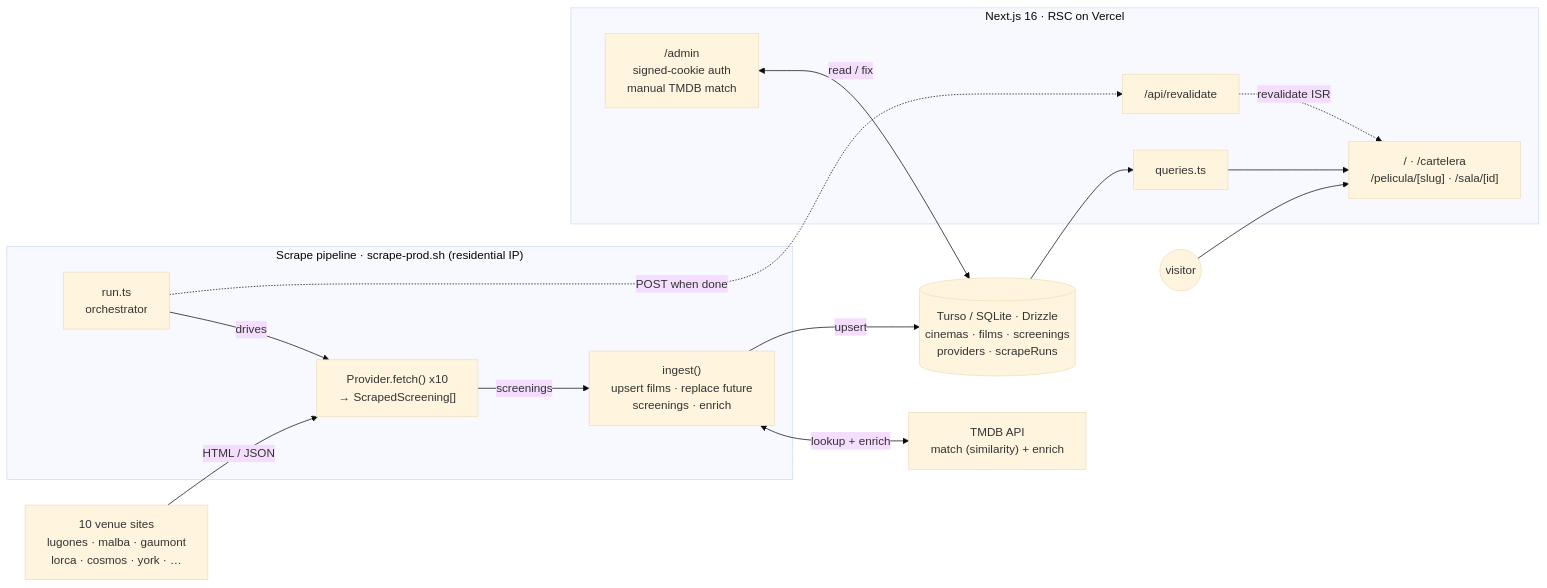
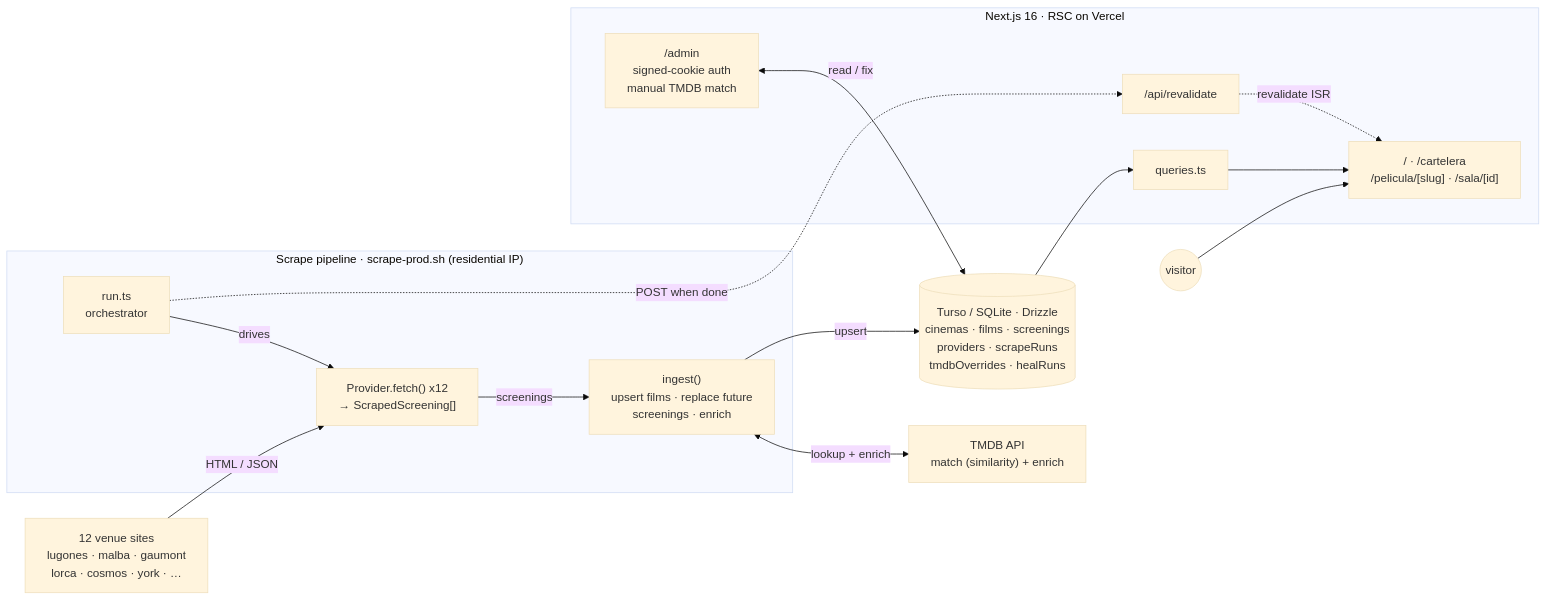
Before and after one commit to benjamindelasoie/afiche: the diagram in diagrams/afiche-architecture.mmd, drawn with Mermaid (base theme). The commit also changed 8 other files, not shown here.

```diff
--- a/diagrams/afiche-architecture.mmd
+++ b/diagrams/afiche-architecture.mmd
@@ -1,31 +1,31 @@
 graph LR
-  V["10 venue sites<br/>lugones · malba · gaumont<br/>lorca · cosmos · york · …"]
+  V["12 venue sites<br/>lugones · malba · gaumont<br/>lorca · cosmos · york · …"]
 
   subgraph pipeline["Scrape pipeline · scrape-prod.sh (residential IP)"]
     R["run.ts<br/>orchestrator"]
-    P["Provider.fetch() x10<br/>→ ScrapedScreening[]"]
+    P["Provider.fetch() x12<br/>→ ScrapedScreening[]"]
     I["ingest()<br/>upsert films · replace future<br/>screenings · enrich"]
   end
 
   TMDB["TMDB API<br/>match (similarity) + enrich"]
-  D[("Turso / SQLite · Drizzle<br/>cinemas · films · screenings<br/>providers · scrapeRuns")]
+  D[("Turso / SQLite · Drizzle<br/>cinemas · films · screenings<br/>providers · scrapeRuns<br/>tmdbOverrides · healRuns")]
 
   subgraph web["Next.js 16 · RSC on Vercel"]
     Q["queries.ts"]
     PAGES["/ · /cartelera<br/>/pelicula/[slug] · /sala/[id]"]
     ADMIN["/admin<br/>signed-cookie auth<br/>manual TMDB match"]
     REV["/api/revalidate"]
   end
 
   U(("visitor"))
 
   V -->|HTML / JSON| P
   R -->|drives| P
   P -->|screenings| I
   I <-->|lookup + enrich| TMDB
   I -->|upsert| D
   R -.->|POST when done| REV
   REV -.->|revalidate ISR| PAGES
   D --> Q --> PAGES
   ADMIN <-->|read / fix| D
   U --> PAGES
```
